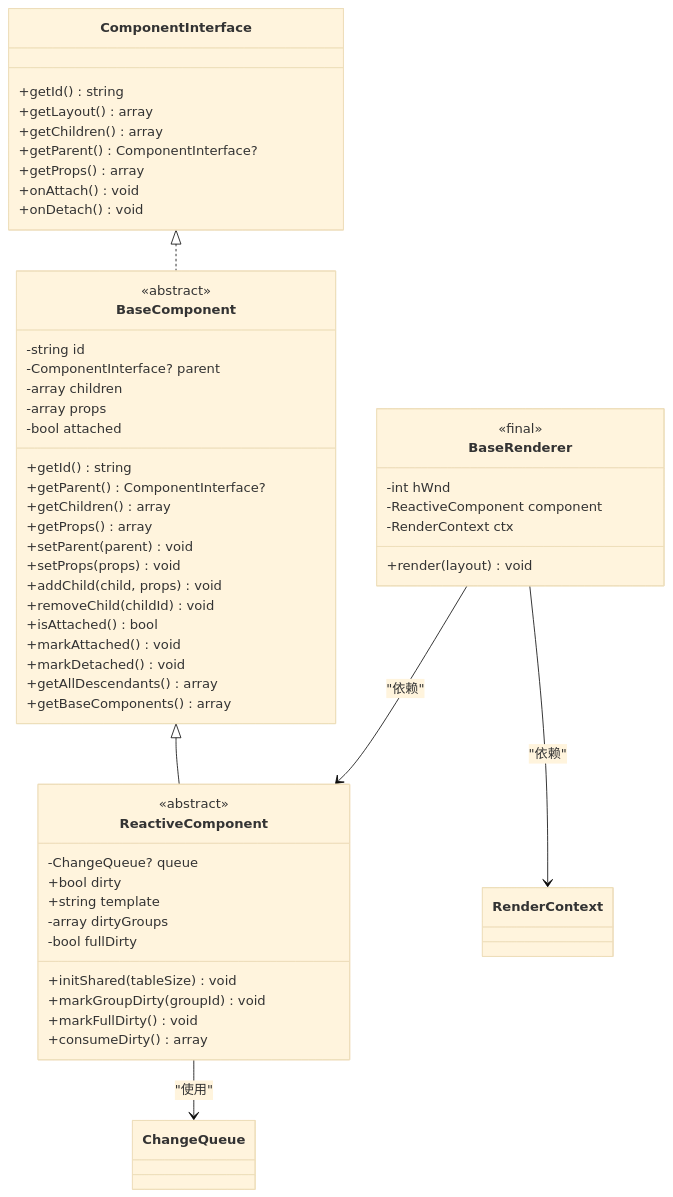
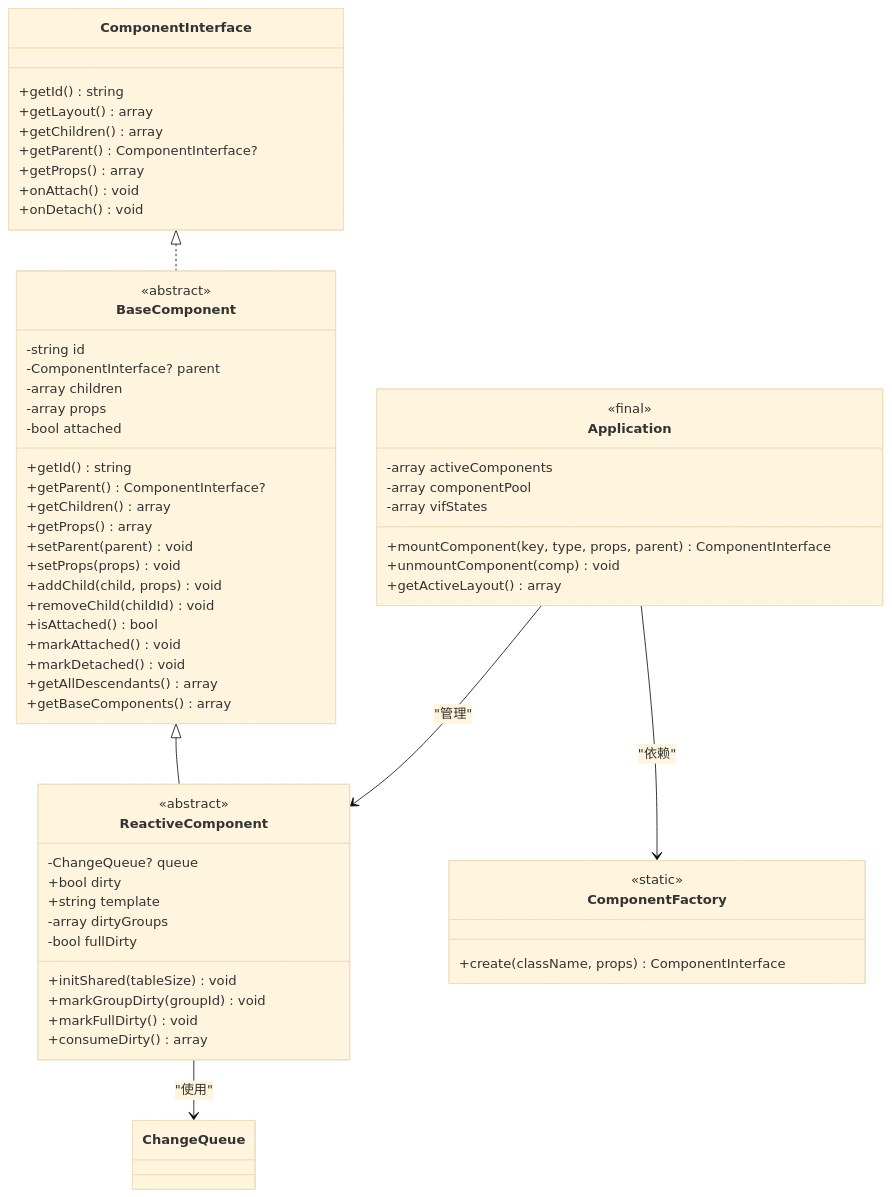
The third of 8 diagrams in .qoder/repowiki/zh/content/组件系统详解/组件系统详解.md (xingye00186/PUI), drawn with Mermaid (base theme) before and after one commit. The commit also changed other lines of this file and 10 other files, not shown here.

````diff
--- a/.qoder/repowiki/zh/content/组件系统详解/组件系统详解.md
+++ b/.qoder/repowiki/zh/content/组件系统详解/组件系统详解.md
@@ -174,57 +208,63 @@
 ```mermaid
 classDiagram
 class ComponentInterface {
 +getId() string
 +getLayout() array
 +getChildren() array
 +getParent() ComponentInterface?
 +getProps() array
 +onAttach() void
 +onDetach() void
 }
 class BaseComponent {
 -string id
 -ComponentInterface? parent
 -array children
 -array props
 -bool attached
 +getId() string
 +getParent() ComponentInterface?
 +getChildren() array
 +getProps() array
 +setParent(parent) void
 +setProps(props) void
 +addChild(child, props) void
 +removeChild(childId) void
 +isAttached() bool
 +markAttached() void
 +markDetached() void
 +getAllDescendants() array
 +getBaseComponents() array
 <<abstract>>
 }
 class ReactiveComponent {
 -ChangeQueue? queue
 +bool dirty
 +string template
 -array dirtyGroups
 -bool fullDirty
 +initShared(tableSize) void
 +markGroupDirty(groupId) void
 +markFullDirty() void
 +consumeDirty() array
 <<abstract>>
 }
-class BaseRenderer {
--int hWnd
--ReactiveComponent component
--RenderContext ctx
-+render(layout) void
+class Application {
+-array activeComponents
+-array componentPool
+-array vifStates
++mountComponent(key, type, props, parent) ComponentInterface
++unmountComponent(comp) void
++getActiveLayout() array
 <<final>>
+}
+class ComponentFactory {
++create(className, props) ComponentInterface
+<<static>>
 }
 ComponentInterface <|.. BaseComponent
 BaseComponent <|-- ReactiveComponent
 ReactiveComponent --> ChangeQueue : "使用"
-BaseRenderer --> ReactiveComponent : "依赖"
-BaseRenderer --> RenderContext : "依赖"
+Application --> ComponentFactory : "依赖"
+Application --> ReactiveComponent : "管理"
 ```
````
